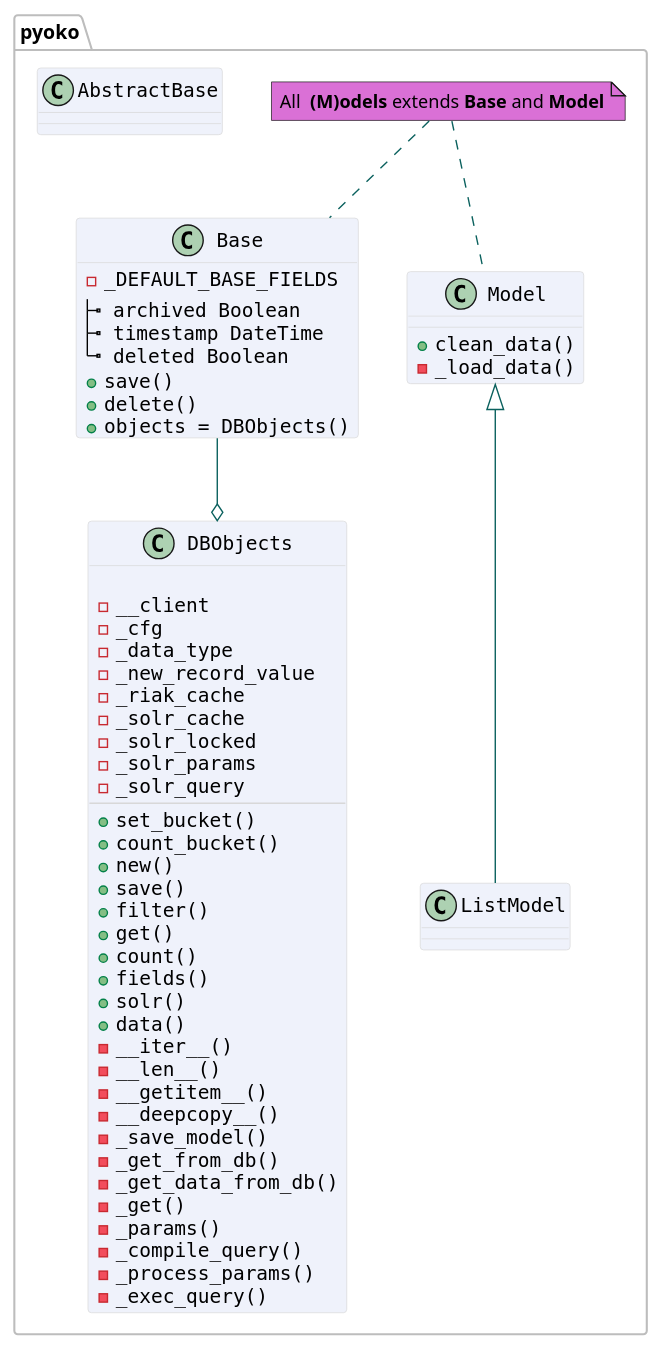
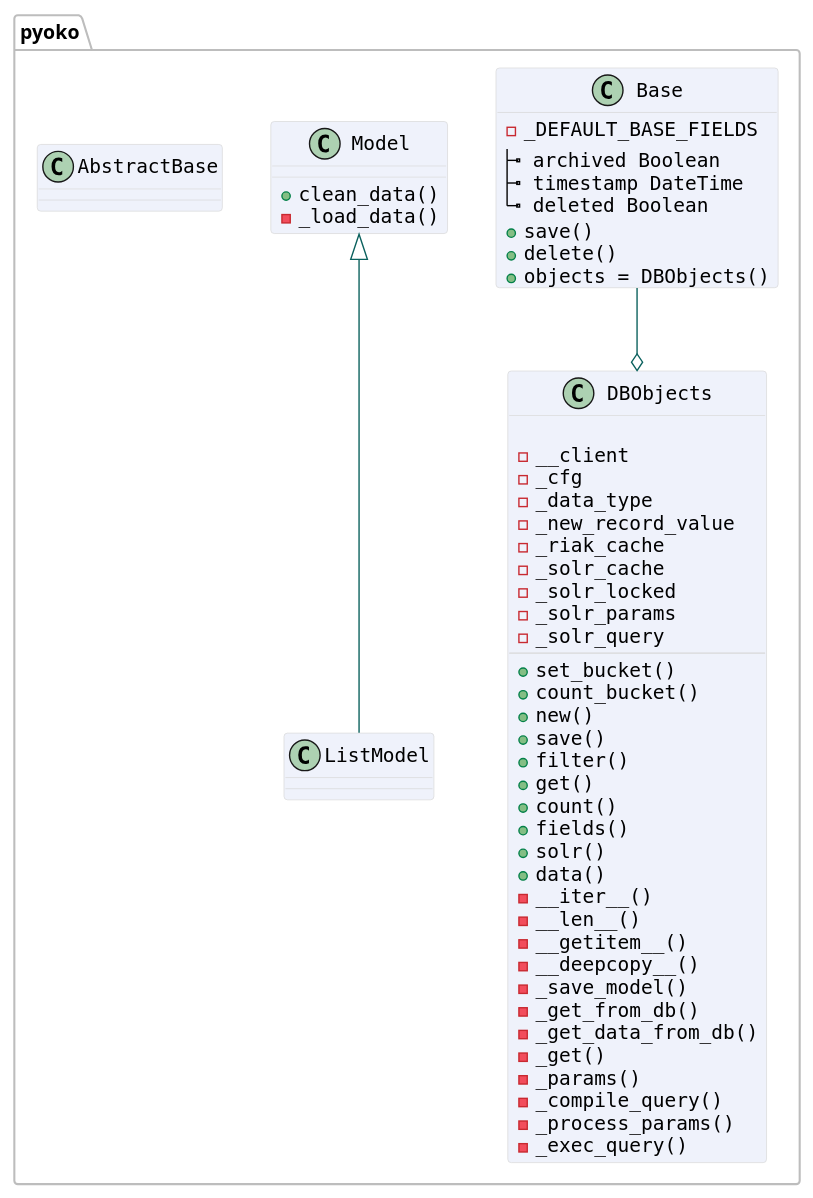
The diagram in docs/diagrams/pyoko.puml (zetaops/ulakbus), drawn with PlantUML before and after one commit.

Commit message:
pyoko diagram

```diff
--- a/docs/diagrams/pyoko.puml
+++ b/docs/diagrams/pyoko.puml
@@ -1,80 +1,80 @@
 @startuml
 
 skinparam classAttributeFontName Monospaced
 skinparam classBackgroundColor #EFF2FB
 skinparam classBorderColor #D8D8D8
 skinparam packageBorderColor #BDBDBD
 skinparam classArrowColor #0B615E
 skinparam shadowing false
 
 'skinparam monochrome true
 'skinparam nodesep 100
 'skinparam ranksep 100
 
 
 
 package pyoko{
 
 
-note  "All <color:black><b> (M)odels</b></color> extends <b>Base</b> and <b>Model</b>" as n1 #orchid
-n1 .. Base
-n1 .. Model
+'note  "All <color:black><b> (M)odels</b></color> extends <b>Base</b> and <b>Model</b>" as n1 #orchid
+'n1 .. Base
+'n1 .. Model
 
 class DBObjects{
 
 - __client
 - _cfg
 - _data_type
 - _new_record_value
 - _riak_cache
 - _solr_cache
 - _solr_locked
 - _solr_params
 - _solr_query
 --
 + set_bucket()
 + count_bucket()
 + new()
 + save()
 + filter()
 + get()
 + count()
 + fields()
 + solr()
 + data()
 - __iter__()
 - __len__()
 - __getitem__()
 - __deepcopy__()
 - _save_model()
 - _get_from_db()
 - _get_data_from_db()
 - _get()
 - _params()
 - _compile_query()
 - _process_params()
 - _exec_query()
 }
     class Base{
     - _DEFAULT_BASE_FIELDS
   |_ archived Boolean
   |_ timestamp DateTime
   |_ deleted Boolean
     + save()
     + delete()
     + objects = DBObjects()
     }
     class Model{
     + clean_data()
     - _load_data()
 
     }
     class AbstractBase{
     }
     class ListModel extends Model{
     }
 Base --o DBObjects
 }
 
 
 @enduml
```
